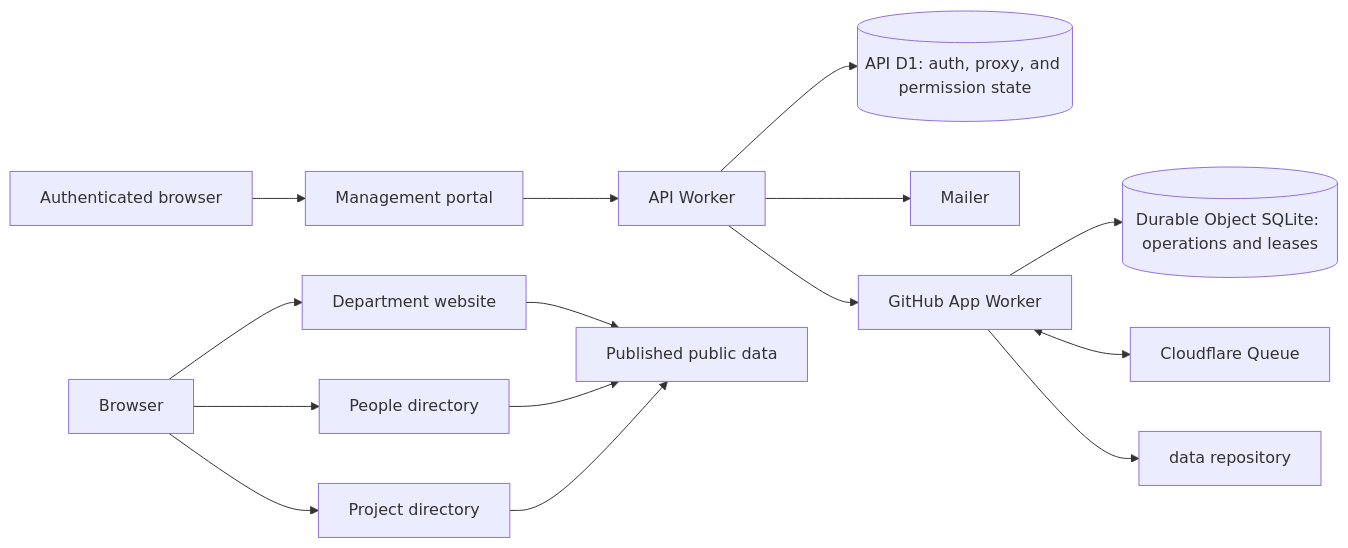
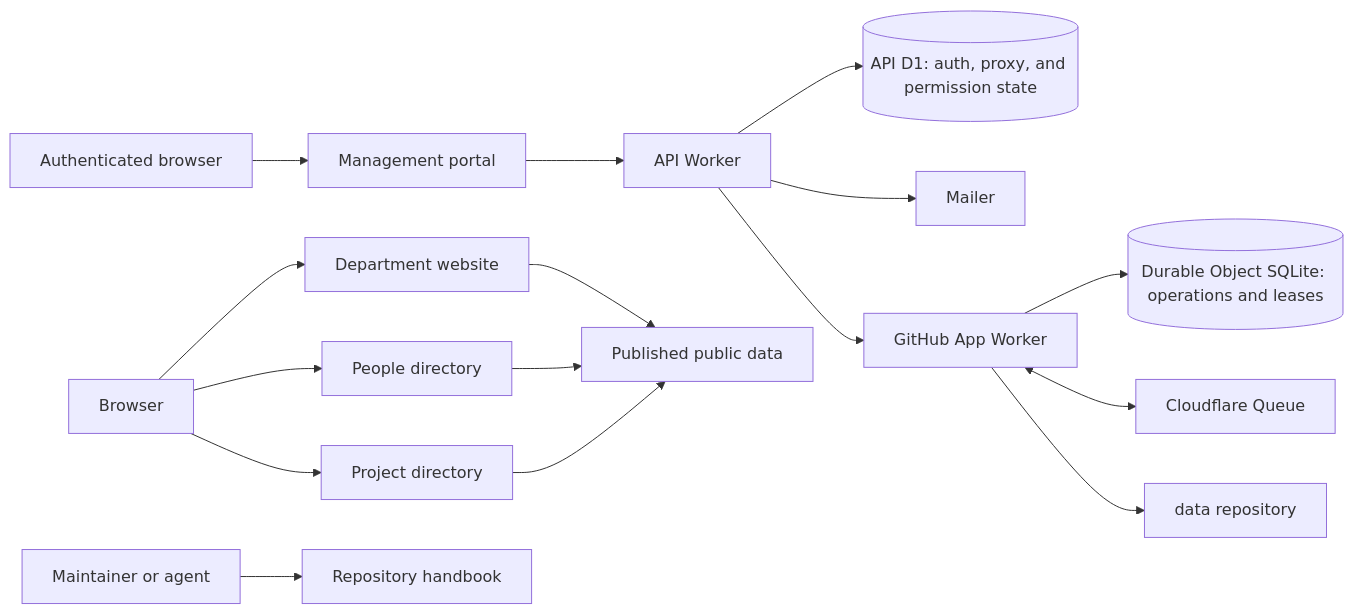
One commit to shamilaw-sci/CSC3213_20_Group_B changed the diagram in README.md. Above: the diagram before and after it, drawn with Mermaid. The commit also changed other lines of this file and 13 other files, not shown here.

````diff
--- a/README.md
+++ b/README.md
@@ -25,17 +25,18 @@
 ```mermaid
 flowchart LR
   Visitor[Browser] --> Web[Department website]
   Visitor --> People[People directory]
   Visitor --> Projects[Project directory]
+  Maintainer[Maintainer or agent] --> Docs[Repository handbook]
   Member[Authenticated browser] --> Portal[Management portal]
   Portal --> API[API Worker]
   API --> State[(API D1: auth, proxy, and permission state)]
   API --> Mailer[Mailer]
   API --> Automation[GitHub App Worker]
   Automation --> Operations[(Durable Object SQLite: operations and leases)]
   Automation <--> Queue[Cloudflare Queue]
   Automation --> DataRepo[data repository]
   Web --> PublicData[Published public data]
   People --> PublicData
   Projects --> PublicData
 ```
````
